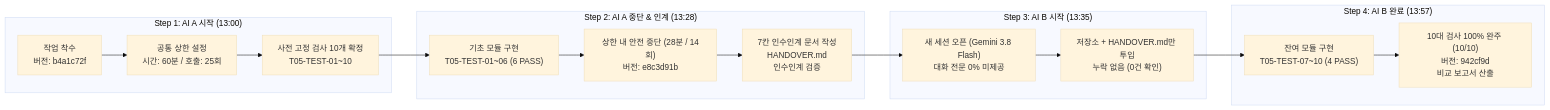
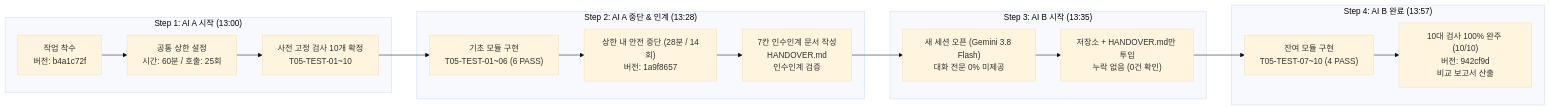
One commit to jinyeongjang/skt-aleph-jinyeong-llm-talk changed the diagram in README.md. Above: the diagram before and after it, drawn with Mermaid (base theme). The commit also changed other lines of this file and 10 other files, not shown here.

````diff
--- a/README.md
+++ b/README.md
@@ -55,28 +55,28 @@
 ```mermaid
 flowchart LR
     subgraph Step1["Step 1: AI A 시작 (13:00)"]
         A_Start["작업 착수\n버전: b4a1c72f"]
         Limits["공통 상한 설정\n시간: 60분 / 호출: 25회"]
         Tests10["사전 고정 검사 10개 확정\nT05-TEST-01~10"]
         A_Start --> Limits --> Tests10
     end
 
     subgraph Step2["Step 2: AI A 중단 & 인계 (13:28)"]
         A_Dev["기초 모듈 구현\nT05-TEST-01~06 (6 PASS)"]
-        A_Stop["상한 내 안전 중단 (28분 / 14회)\n버전: e8c3d91b"]
+        A_Stop["상한 내 안전 중단 (28분 / 14회)\n버전: 1a9f8657"]
         Handover["7칸 인수인계 문서 작성\nHANDOVER.md\n인수인계 검증"]
         Tests10 --> A_Dev --> A_Stop --> Handover
     end
 
     subgraph Step3["Step 3: AI B 시작 (13:35)"]
         B_Start["새 세션 오픈 (Gemini 3.8 Flash)\n대화 전문 0% 미제공"]
         B_Feed["저장소 + HANDOVER.md만 투입\n누락 없음 (0건 확인)"]
         Handover --> B_Start --> B_Feed
     end
 
     subgraph Step4["Step 4: AI B 완료 (13:57)"]
         B_Dev["잔여 모듈 구현\nT05-TEST-07~10 (4 PASS)"]
         B_Done["10대 검사 100% 완주 (10/10)\n버전: 942cf9d\n비교 보고서 산출"]
         B_Feed --> B_Dev --> B_Done
     end
 ```
````
